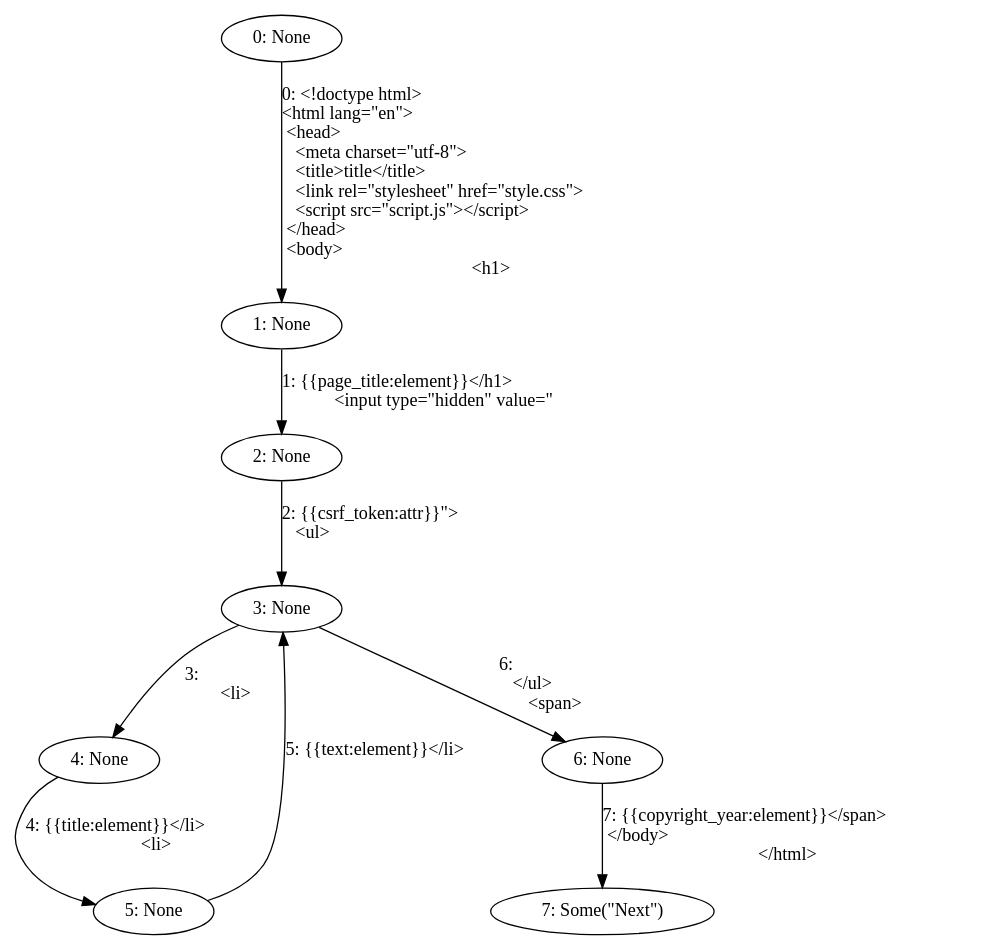
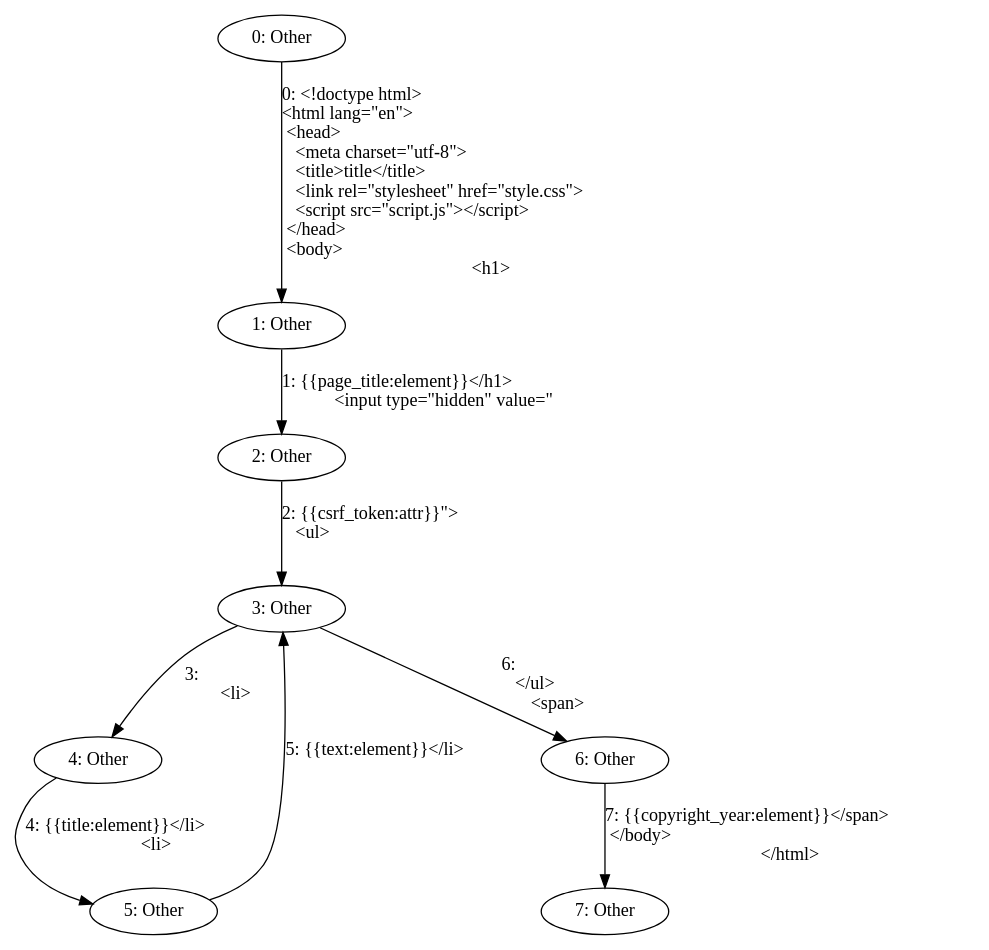
Before and after one commit to mohe2015/zero-cost-templating: the diagram in test.dot, drawn with Graphviz. The commit also changed 6 other files, not shown here.

```diff
--- a/test.dot
+++ b/test.dot
@@ -1,18 +1,18 @@
 digraph {
-    0 [ label = "0: None" ]
-    1 [ label = "1: None" ]
-    2 [ label = "2: None" ]
-    3 [ label = "3: None" ]
-    4 [ label = "4: None" ]
-    5 [ label = "5: None" ]
-    6 [ label = "6: None" ]
-    7 [ label = "7: Some(\"Next\")" ]
+    0 [ label = "0: Other" ]
+    1 [ label = "1: Other" ]
+    2 [ label = "2: Other" ]
+    3 [ label = "3: Other" ]
+    4 [ label = "4: Other" ]
+    5 [ label = "5: Other" ]
+    6 [ label = "6: Other" ]
+    7 [ label = "7: Other" ]
     0 -> 1 [ label = "0: <!doctype html>\l<html lang=\"en\">\l  <head>\l    <meta charset=\"utf-8\">\l    <title>title</title>\l    <link rel=\"stylesheet\" href=\"style.css\">\l    <script src=\"script.js\"></script>\l  </head>\l  <body>\l    <h1>" ]
     1 -> 2 [ label = "1: {{page_title:element}}</h1>\l    <input type=\"hidden\" value=\"" ]
     2 -> 3 [ label = "2: {{csrf_token:attr}}\">\l    <ul>\l    " ]
     3 -> 4 [ label = "3: \l      <li>" ]
     4 -> 5 [ label = "4: {{title:element}}</li>\l      <li>" ]
     5 -> 3 [ label = "5: {{text:element}}</li>\l    " ]
     3 -> 6 [ label = "6: \l    </ul>\l    <span>" ]
     6 -> 7 [ label = "7: {{copyright_year:element}}</span>\l  </body>\l</html>" ]
 }
```
